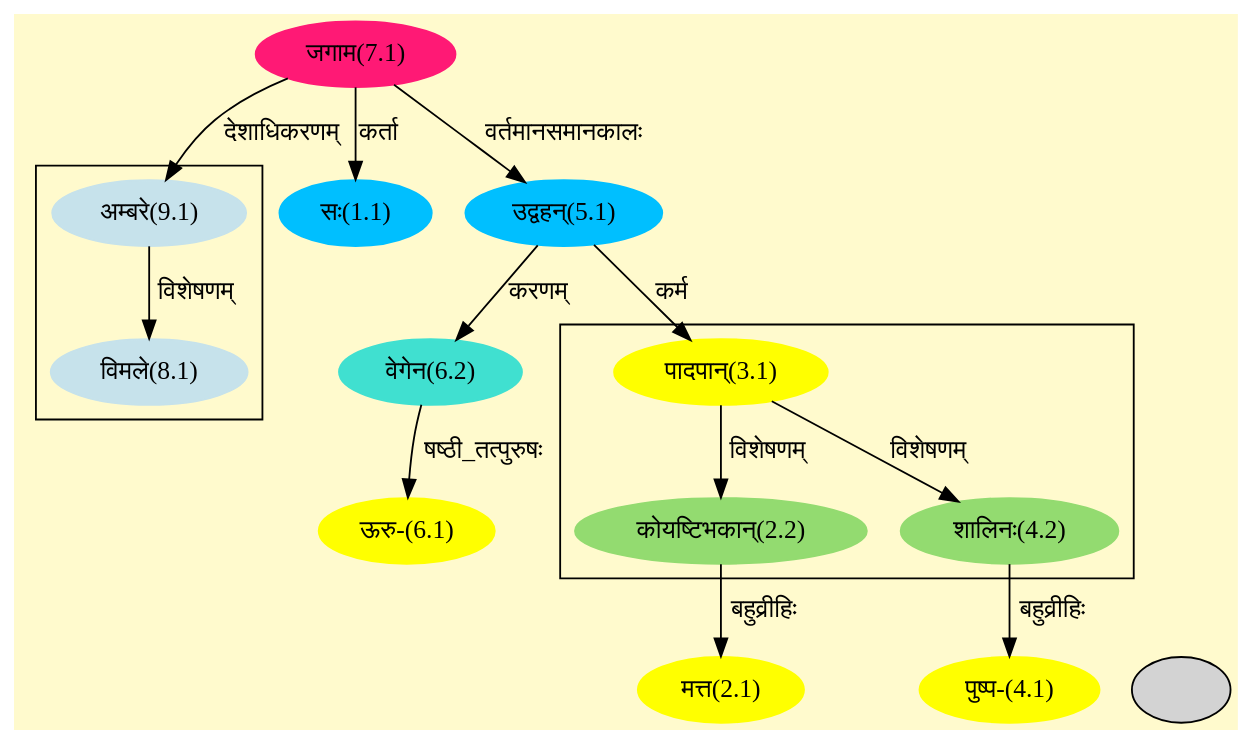
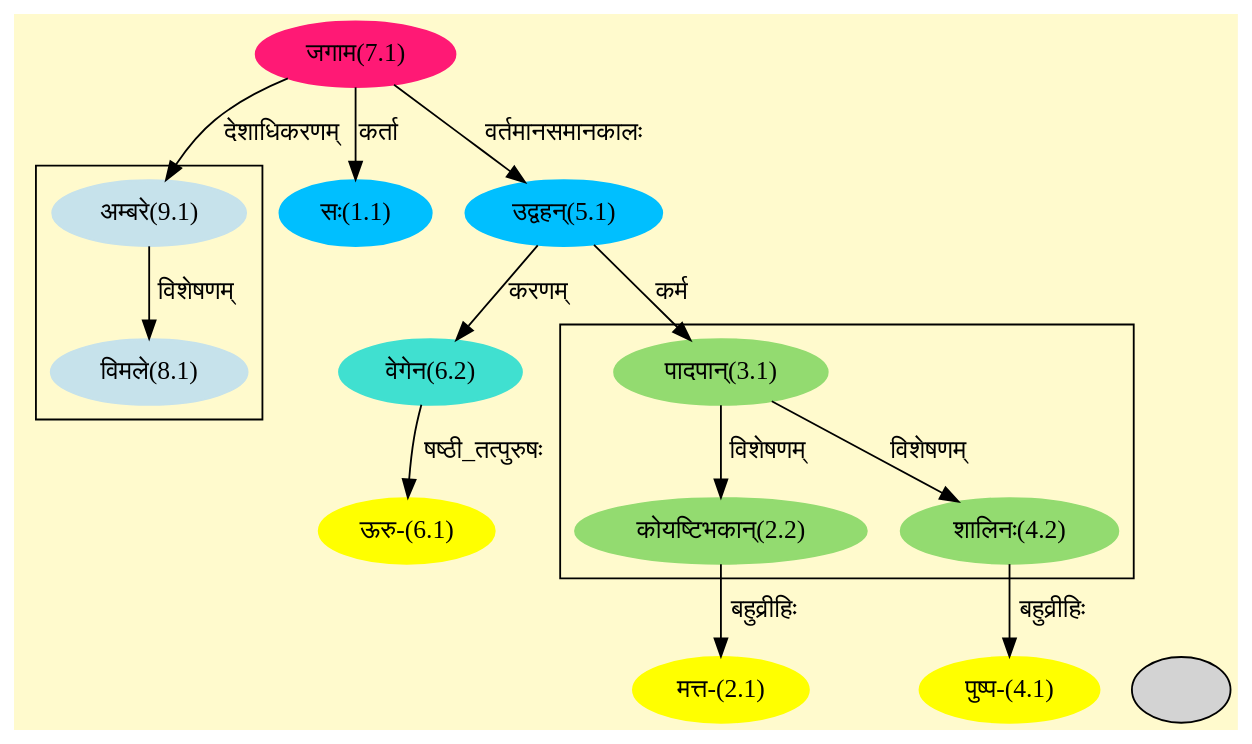
One commit to amarranjan1/skd.github.io changed the diagram in assets/graphs/01_044_1.dot. Above: the diagram before and after it, drawn with Graphviz. The commit also changed 60 other files, not shown here.

```diff
--- a/assets/graphs/01_044_1.dot
+++ b/assets/graphs/01_044_1.dot
@@ -1,44 +1,44 @@
 digraph G{
 rankdir=BT;
  compound=true;
  bgcolor="lemonchiffon1";
 
 subgraph cluster_1{
 Node2_2 [style=filled, color="#93DB70" label = "कोयष्टिभकान्(2.2)"]
-Node3_1 [style=filled, color="#FFFF00" label = "पादपान्(3.1)"]
+Node3_1 [style=filled, color="#93DB70" label = "पादपान्(3.1)"]
 Node4_2 [style=filled, color="#93DB70" label = "शालिनः(4.2)"]
 
 }
 
 subgraph cluster_2{
 Node8_1 [style=filled, color="#C6E2EB" label = "विमले(8.1)"]
 Node9_1 [style=filled, color="#C6E2EB" label = "अम्बरे(9.1)"]
 
 }
 Node1_1 [style=filled, color="#00BFFF" label = "सः(1.1)"]
 Node7_1 [style=filled, color="#FF1975" label = "जगाम(7.1)"]
-Node2_1 [style=filled, color="#FFFF00" label = "मत्त(2.1)"]
+Node2_1 [style=filled, color="#FFFF00" label = "मत्त-(2.1)"]
 Node2_2 [style=filled, color="#93DB70" label = "कोयष्टिभकान्(2.2)"]
-Node3_1 [style=filled, color="#FFFF00" label = "पादपान्(3.1)"]
+Node3_1 [style=filled, color="#93DB70" label = "पादपान्(3.1)"]
 Node5_1 [style=filled, color="#00BFFF" label = "उद्वहन्(5.1)"]
 Node4_1 [style=filled, color="#FFFF00" label = "पुष्प-(4.1)"]
 Node4_2 [style=filled, color="#93DB70" label = "शालिनः(4.2)"]
 Node6_1 [style=filled, color="#FFFF00" label = "ऊरु-(6.1)"]
 Node6_2 [style=filled, color="#40E0D0" label = "वेगेन(6.2)"]
 Node3_2 [style=filled, color="" label = ""]
 Node [style=filled, color="" label = "()"]
 Node9_1 [style=filled, color="#C6E2EB" label = "अम्बरे(9.1)"]
 /* Start of Relations section */
 
 Node1_1 -> Node7_1 [  label="कर्ता"  dir="back" ]
 Node2_1 -> Node2_2 [  label="बहुव्रीहिः"  dir="back" ]
 Node2_2 -> Node3_1 [  label="विशेषणम्"  dir="back" ]
 Node3_1 -> Node5_1 [  label="कर्म"  dir="back" ]
 Node4_1 -> Node4_2 [  label="बहुव्रीहिः"  dir="back" ]
 Node4_2 -> Node3_1 [  label="विशेषणम्"  dir="back" ]
 Node5_1 -> Node7_1 [  label="वर्तमानसमानकालः"  dir="back" ]
 Node6_1 -> Node6_2 [  label="षष्ठी_तत्पुरुषः"  dir="back" ]
 Node6_2 -> Node5_1 [  label="करणम्"  dir="back" ]
 Node8_1 -> Node9_1 [  label="विशेषणम्"  dir="back" ]
 Node9_1 -> Node7_1 [  label="देशाधिकरणम्"  dir="back" ]
 }
```
